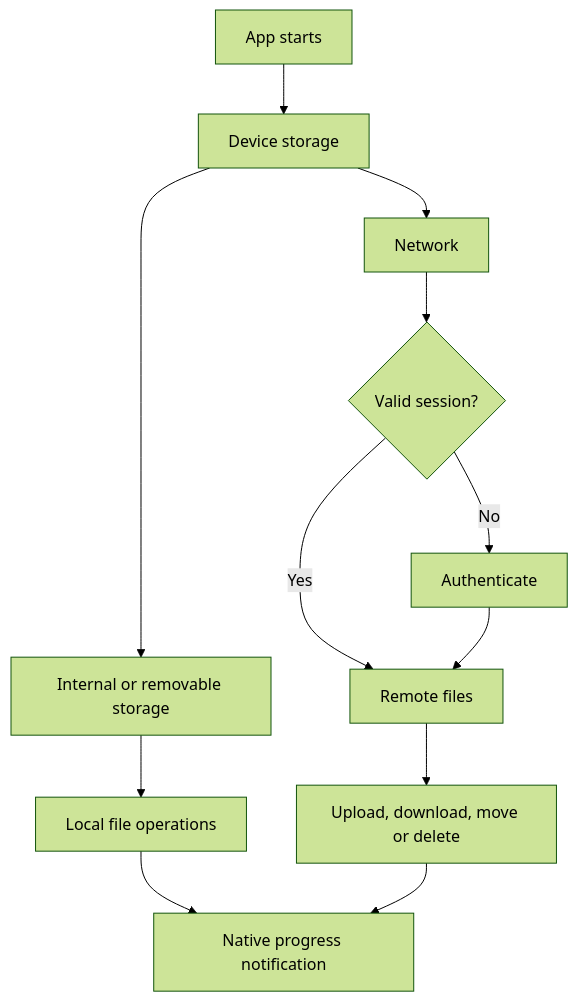
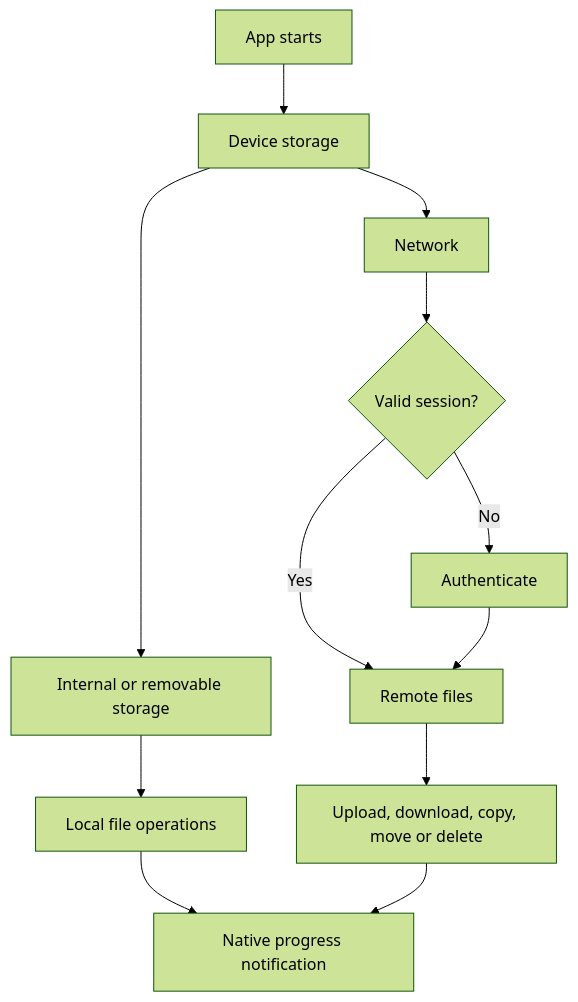
Before and after one commit to HattoriHanzo-Ronin/file-explorer: the second of 3 diagrams in README.md, drawn with Mermaid (forest theme). The commit also changed other lines of this file, not shown here.

Commit message:
docs: update application architecture and features

````diff
--- a/README.md
+++ b/README.md
@@ -68,15 +69,15 @@
 ```mermaid
 flowchart TD
     Start[App starts] --> Device[Device storage]
     Device --> Root[Internal or removable storage]
     Device --> Network[Network]
     Network --> Session{Valid session?}
     Session -->|No| Login[Authenticate]
     Session -->|Yes| Remote[Remote files]
     Login --> Remote
 
     Root --> LocalOps[Local file operations]
-    Remote --> RemoteOps[Upload, download, move or delete]
+    Remote --> RemoteOps[Upload, download, copy, move or delete]
     LocalOps --> Progress[Native progress notification]
     RemoteOps --> Progress
 ```
````
